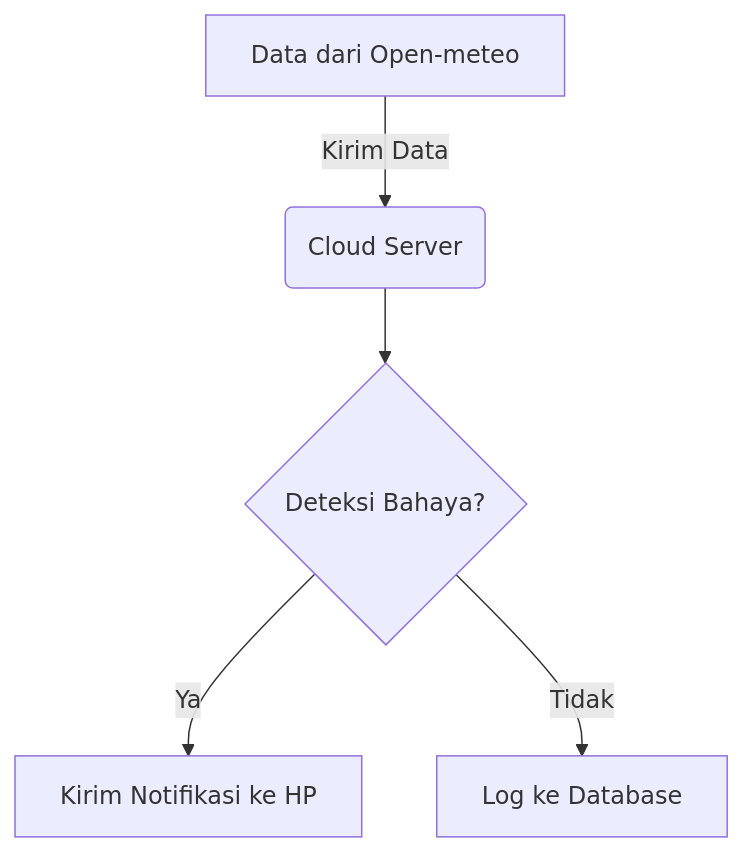
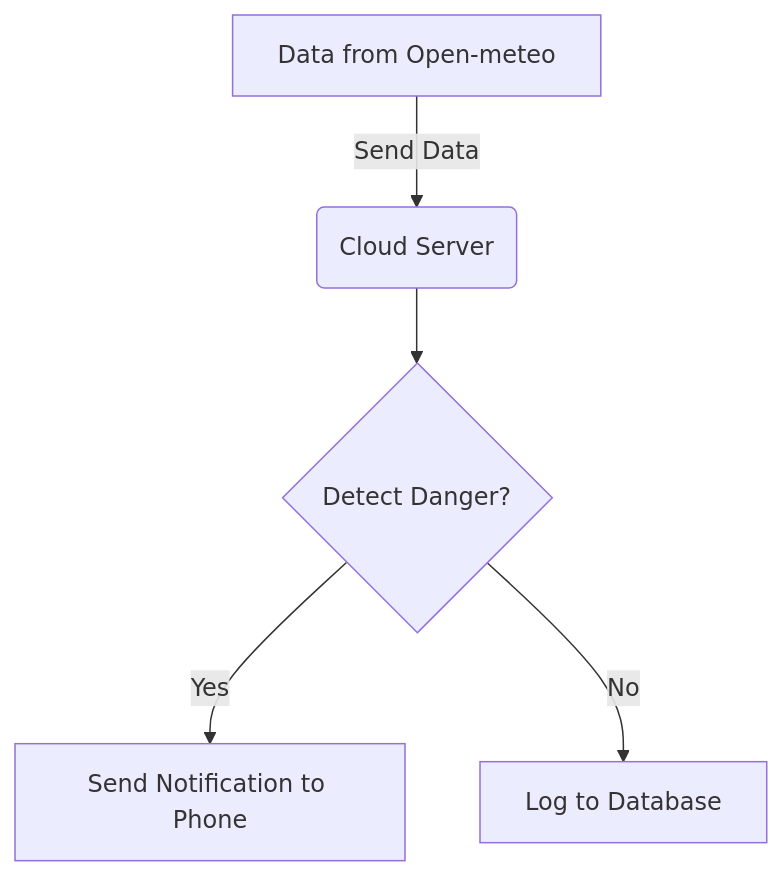
Before and after one commit to AdienDendra/architect-web: the first of 2 diagrams in content.en/posts/view-documentation.md, drawn with Mermaid. The commit also changed other lines of this file, not shown here.

```diff
--- a/content.en/posts/view-documentation.md
+++ b/content.en/posts/view-documentation.md
@@ -23,7 +23,8 @@
 {{< mermaid >}}
 graph TD;
-    A[Data dari Open-meteo] -->|Kirim Data| B(Cloud Server);
-    B --> C{Deteksi Bahaya?};
-    C -->|Ya| D[Kirim Notifikasi ke HP];
-    C -->|Tidak| E[Log ke Database];
+    A[Data from Open-meteo] -->|Send Data| B(Cloud Server);
+    B --> C{Detect Danger?};
+    C -->|Yes| D[Send Notification to Phone];
+    C -->|No| E[Log to Database];
+
 {{< /mermaid >}}
```
